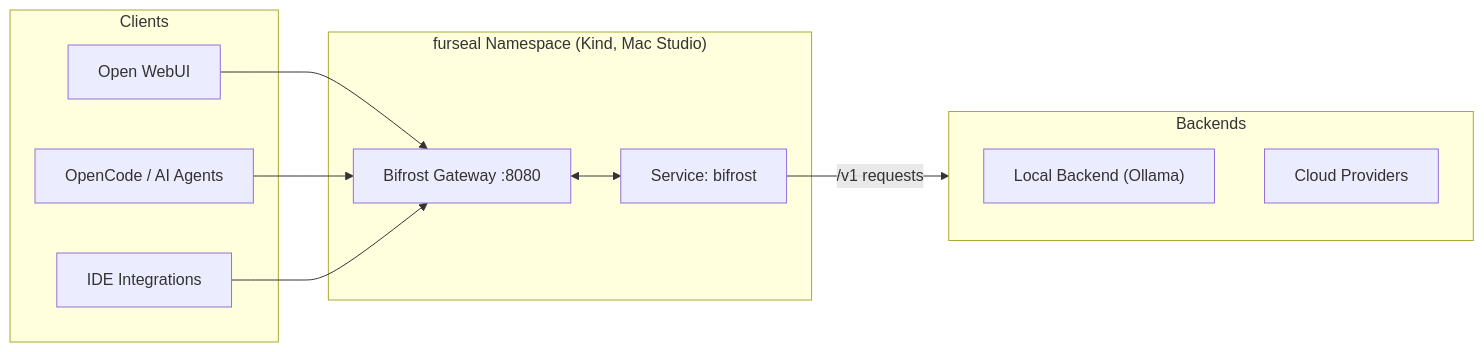
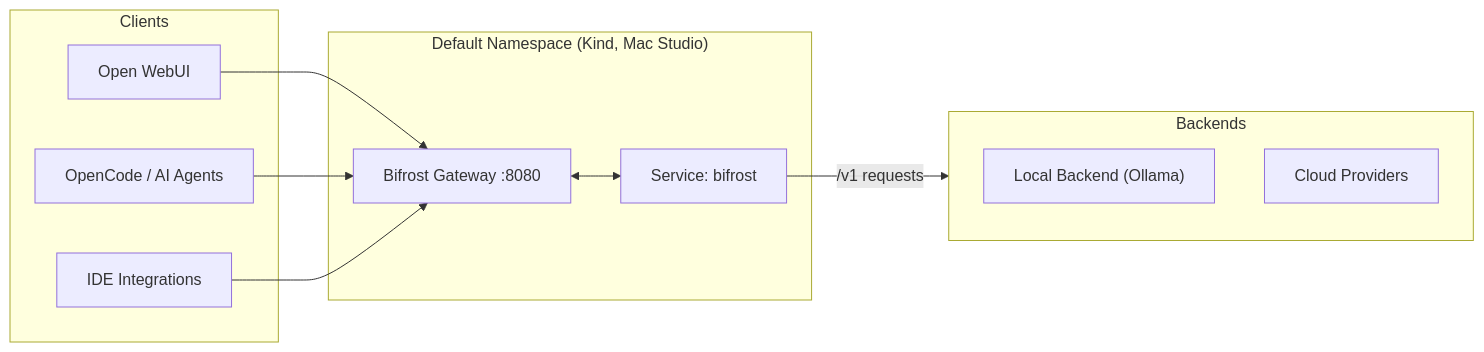
One commit to kairosys/bifrost changed the diagram in README.md. Above: the diagram before and after it, drawn with Mermaid. The commit also changed other lines of this file and 2 other files, not shown here.

Commit message:
Update AGENTS.md and README.md for clarity; remove namespace references from bifrost deployment YAML

````diff
--- a/README.md
+++ b/README.md
@@ -18,19 +18,19 @@
 ```mermaid
 flowchart LR
   subgraph Clients["Clients"""]; webui["Open WebUI"]; oc["OpenCode / AI Agents"]; ide["IDE Integrations"]
     end
 
-  subgraph Cluster["furseal Namespace (Kind, Mac Studio)"]
+  subgraph Cluster["Default Namespace (Kind, Mac Studio)"]
     bgw["Bifrost Gateway :8080"]
     svc["Service: bifrost"]
     webui --> bgw; oc --> bgw; ide --> bgw
     bgw <--> svc
   end
 
   subgraph Backends["Backends"]
     ollama["Local Backend (Ollama)"]
     cloud["Cloud Providers"]
   end
 
   svc --/v1 requests--> Backends
 ```
````
